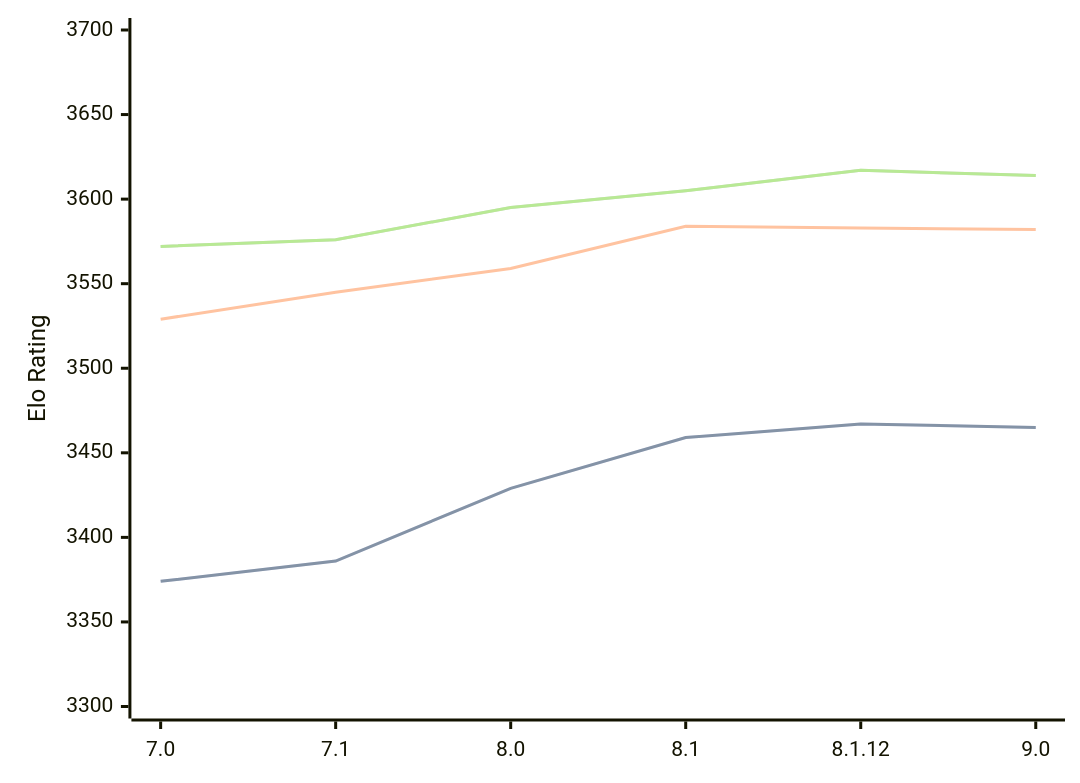
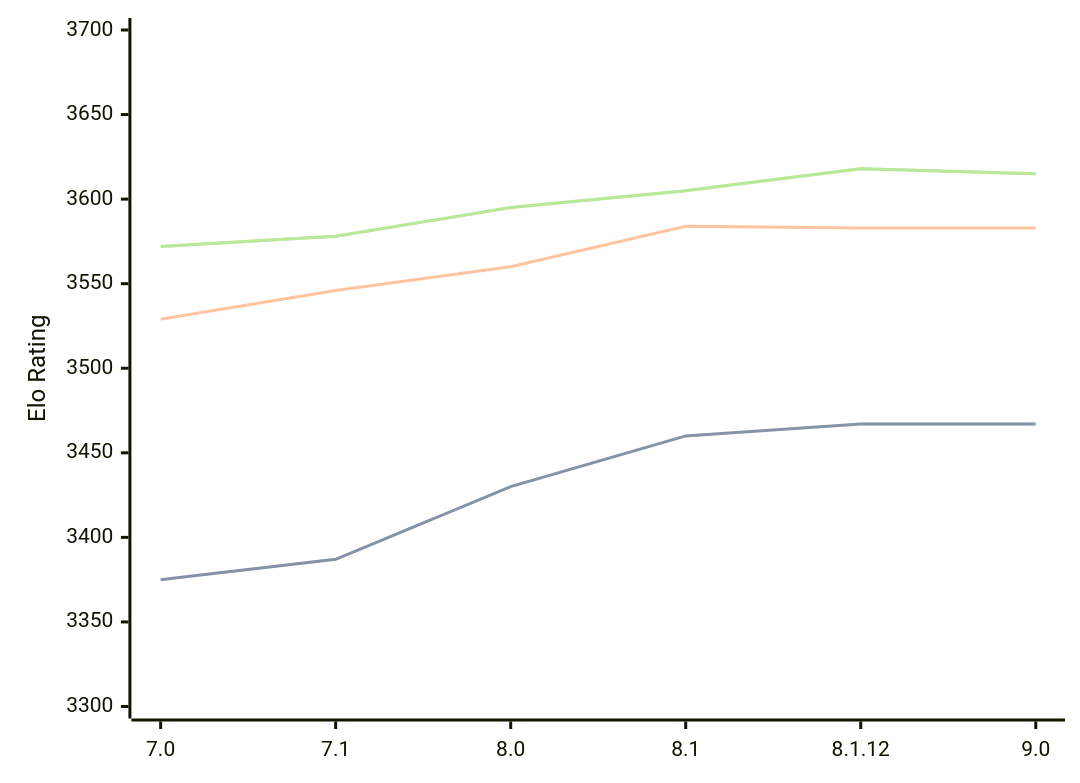
The diagram in engines/Alexandria.md (computer-chess-index/cci), drawn with Mermaid before and after one commit. The commit also changed other lines of this file, not shown here.

Commit message:
Update CCI Ratings (ELO VLTC) - 2026-05-01

````diff
--- a/engines/Alexandria.md
+++ b/engines/Alexandria.md
@@ -55,11 +55,11 @@
 ```mermaid
 %%{init: {"theme":"base","themeVariables":{"seriesColors:['#a3a3a3','#222221','#faa371']}}}%%
 xychart-beta
   x-axis ["7.0", "7.1", "8.0", "8.1", "8.1.12", "9.0"]
   y-axis "Elo Rating" 3300 --> 3700
-  line "STC (8.0+0.08s)" [3374, 3386, 3429, 3459, 3467, 3465]
-  line "STC (8.0+0.08s)" [3374, 3386, 3429, 3459, 3467, 3465]
-  line "LTC (60.0+0.60s)" [3529, 3545, 3559, 3584, 3583, 3582]
-  line "VLTC (2m24s+1.12s)" [3572, 3576, 3595, 3605, 3617, 3614]
-  line "VLTC (2m24s+1.12s)" [3572, 3576, 3595, 3605, 3617, 3614]
+  line "STC (8.0+0.08s)" [3375, 3387, 3430, 3460, 3467, 3467]
+  line "STC (8.0+0.08s)" [3375, 3387, 3430, 3460, 3467, 3467]
+  line "LTC (60.0+0.60s)" [3529, 3546, 3560, 3584, 3583, 3583]
+  line "VLTC (2m24s+1.12s)" [3572, 3578, 3595, 3605, 3618, 3615]
+  line "VLTC (2m24s+1.12s)" [3572, 3578, 3595, 3605, 3618, 3615]
 ```
````
